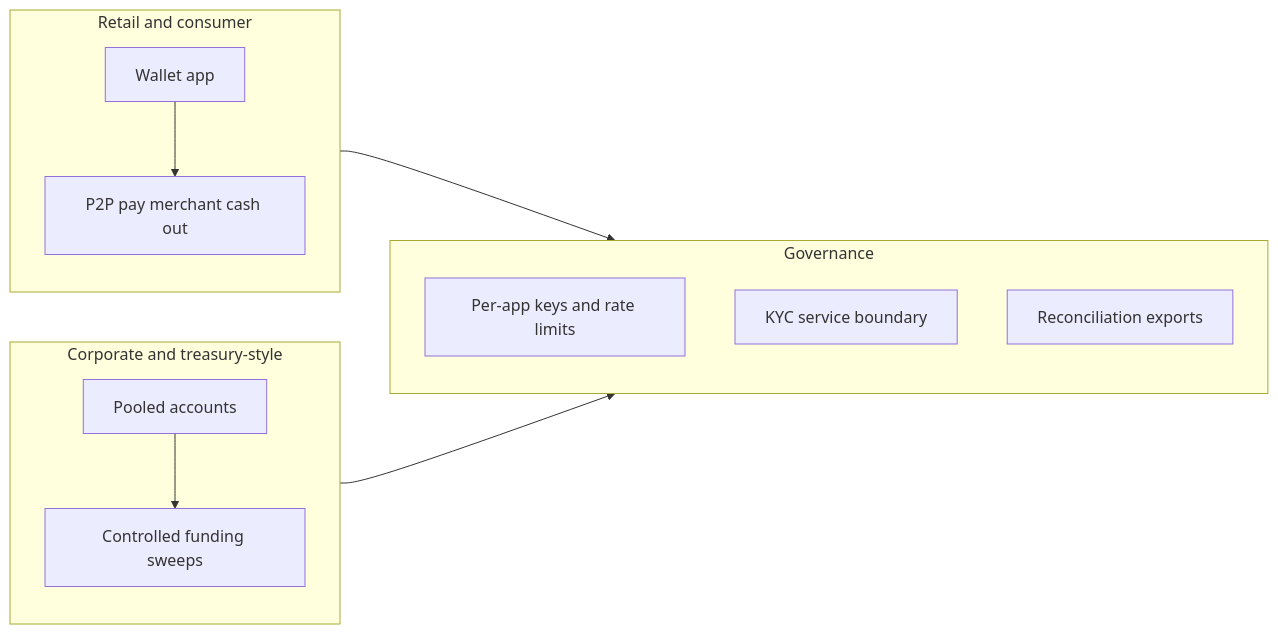
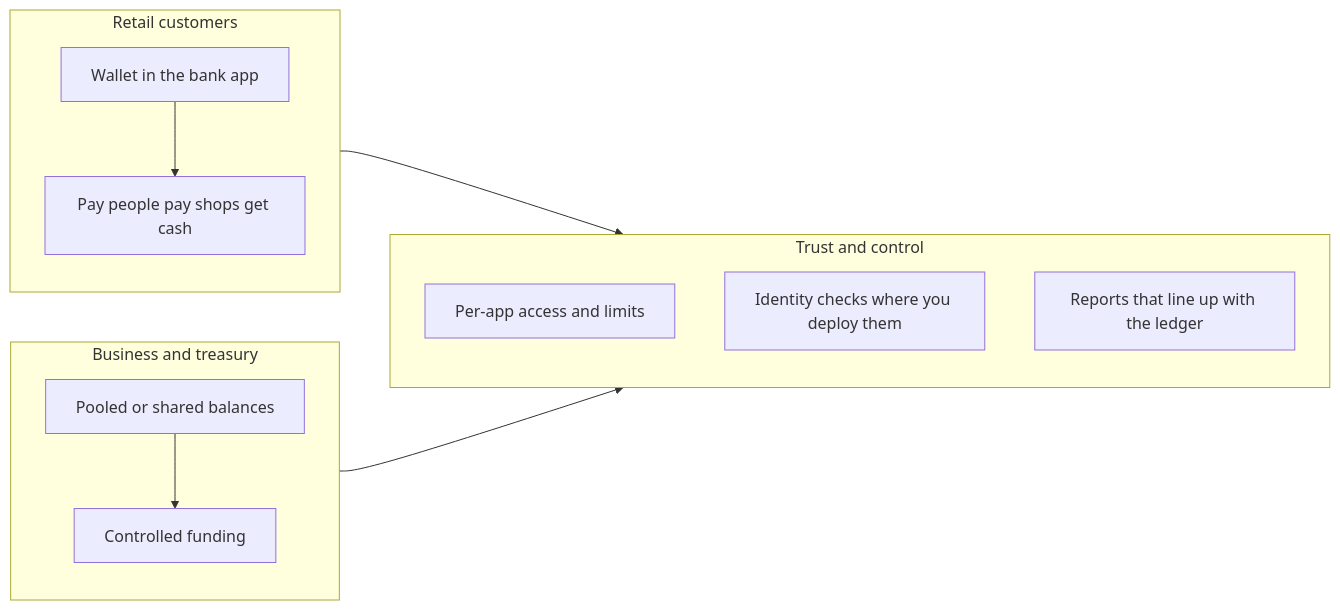
Before and after one commit to anstwechy/mitf_wallet_public_docs: the diagram in docs/stakeholders/executive-overview.md, drawn with Mermaid. The commit also changed other lines of this file and 3 other files, not shown here.

````diff
--- a/docs/stakeholders/executive-overview.md
+++ b/docs/stakeholders/executive-overview.md
@@ -34,23 +44,23 @@
 ```mermaid
 flowchart LR
-  subgraph retail["Retail and consumer"]
-    A[Wallet app]
-    B[P2P pay merchant cash out]
+  subgraph retail["Retail customers"]
+    A[Wallet in the bank app]
+    B[Pay people pay shops get cash]
   end
 
-  subgraph corporate["Corporate and treasury-style"]
-    C[Pooled accounts]
-    D[Controlled funding sweeps]
+  subgraph corporate["Business and treasury"]
+    C[Pooled or shared balances]
+    D[Controlled funding]
   end
 
-  subgraph governance["Governance"]
-    E[Per-app keys and rate limits]
-    F[KYC service boundary]
-    G[Reconciliation exports]
+  subgraph trust["Trust and control"]
+    E[Per-app access and limits]
+    F[Identity checks where you deploy them]
+    G[Reports that line up with the ledger]
   end
 
   A --> B
   C --> D
-  retail --> governance
-  corporate --> governance
+  retail --> trust
+  corporate --> trust
 ```
````
